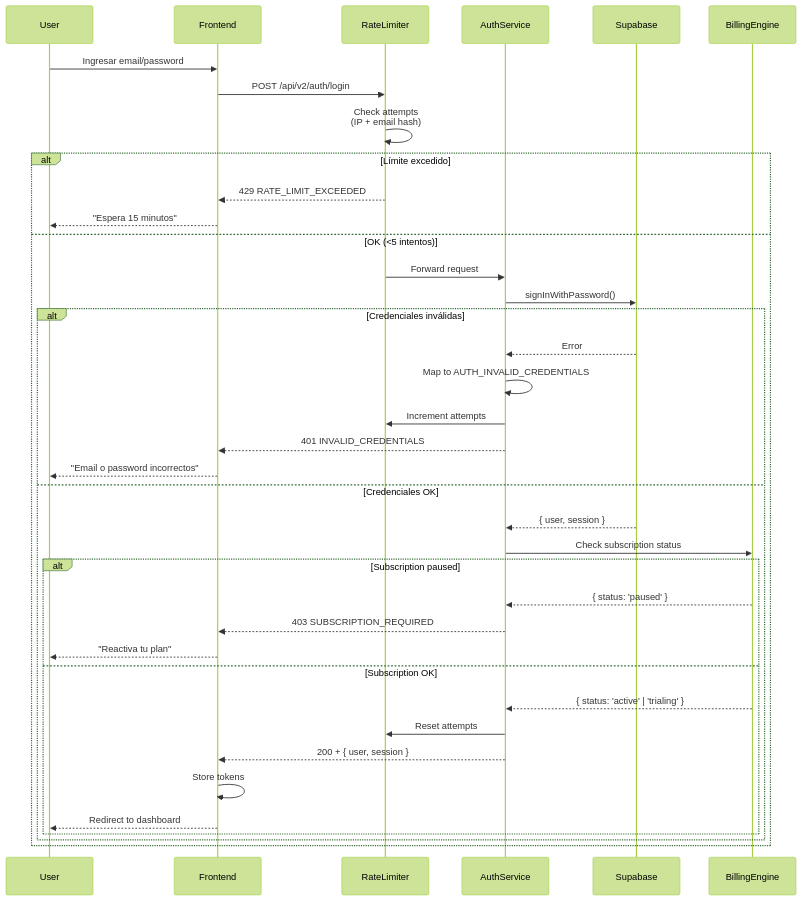
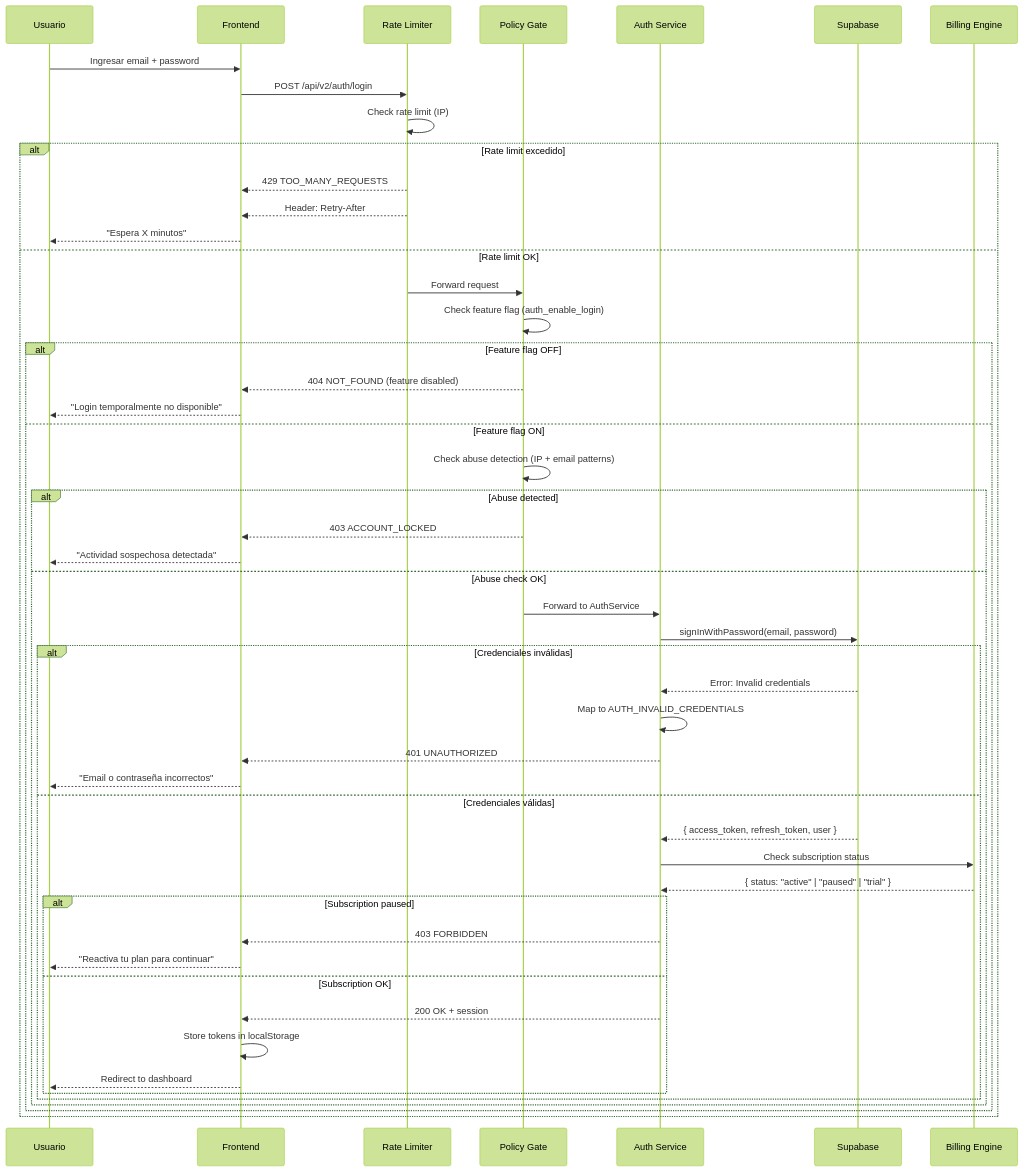
The first of 3 diagrams in docs/nodes-v2/auth/login-flows.md (Eibon7/roastr-ai), drawn with Mermaid (forest theme) before and after one commit. The commit also changed other lines of this file and 16 other files, not shown here.

First line of the commit message:
feat(ROA-403): Complete Auth Infra v2 - sessionRefresh, health endpoint, OAuth infra (#1233)

````diff
--- a/docs/nodes-v2/auth/login-flows.md
+++ b/docs/nodes-v2/auth/login-flows.md
@@ -118,45 +73,58 @@
 ```mermaid
 sequenceDiagram
-    participant User
-    participant Frontend
-    participant RateLimiter
-    participant AuthService
-    participant Supabase
-    participant BillingEngine
+    participant U as Usuario
+    participant F as Frontend
+    participant RL as Rate Limiter
+    participant PG as Policy Gate
+    participant AS as Auth Service
+    participant SB as Supabase
+    participant BE as Billing Engine
 
-    User->>Frontend: Ingresar email/password
-    Frontend->>RateLimiter: POST /api/v2/auth/login
+    U->>F: Ingresar email + password
+    F->>RL: POST /api/v2/auth/login
     
-    RateLimiter->>RateLimiter: Check attempts<br/>(IP + email hash)
-    
-    alt Límite excedido
-        RateLimiter-->>Frontend: 429 RATE_LIMIT_EXCEEDED
-        Frontend-->>User: "Espera 15 minutos"
-    else OK (<5 intentos)
-        RateLimiter->>AuthService: Forward request
-        AuthService->>Supabase: signInWithPassword()
+    RL->>RL: Check rate limit (IP)
+    alt Rate limit excedido
+        RL-->>F: 429 TOO_MANY_REQUESTS
+        RL-->>F: Header: Retry-After
+        F-->>U: "Espera X minutos"
+    else Rate limit OK
+        RL->>PG: Forward request
         
-        alt Credenciales inválidas
-            Supabase-->>AuthService: Error
-            AuthService->>AuthService: Map to AUTH_INVALID_CREDENTIALS
-            AuthService->>RateLimiter: Increment attempts
-            AuthService-->>Frontend: 401 INVALID_CREDENTIALS
-            Frontend-->>User: "Email o password incorrectos"
-        else Credenciales OK
-            Supabase-->>AuthService: { user, session }
-            AuthService->>BillingEngine: Check subscription status
+        PG->>PG: Check feature flag (auth_enable_login)
+        alt Feature flag OFF
+            PG-->>F: 404 NOT_FOUND (feature disabled)
+            F-->>U: "Login temporalmente no disponible"
+        else Feature flag ON
+            PG->>PG: Check abuse detection (IP + email patterns)
+            
+            alt Abuse detected
+                PG-->>F: 403 ACCOUNT_LOCKED
+                F-->>U: "Actividad sospechosa detectada"
+            else Abuse check OK
+                PG->>AS: Forward to AuthService
+                AS->>SB: signInWithPassword(email, password)
+                
+                alt Credenciales inválidas
+                    SB-->>AS: Error: Invalid credentials
+                    AS->>AS: Map to AUTH_INVALID_CREDENTIALS
+                    AS-->>F: 401 UNAUTHORIZED
+                    F-->>U: "Email o contraseña incorrectos"
+                else Credenciales válidas
+                    SB-->>AS: { access_token, refresh_token, user }
+                    AS->>BE: Check subscription status
+                    BE-->>AS: { status: "active" | "paused" | "trial" }
             
             alt Subscription paused
-                BillingEngine-->>AuthService: { status: 'paused' }
-                AuthService-->>Frontend: 403 SUBSCRIPTION_REQUIRED
-                Frontend-->>User: "Reactiva tu plan"
+                        AS-->>F: 403 FORBIDDEN
+                        F-->>U: "Reactiva tu plan para continuar"
             else Subscription OK
-                BillingEngine-->>AuthService: { status: 'active' | 'trialing' }
-                AuthService->>RateLimiter: Reset attempts
-                AuthService-->>Frontend: 200 + { user, session }
-                Frontend->>Frontend: Store tokens
-                Frontend-->>User: Redirect to dashboard
+                        AS-->>F: 200 OK + session
+                        F->>F: Store tokens in localStorage
+                        F-->>U: Redirect to dashboard
+                    end
+                end
             end
         end
     end
 ```
````
